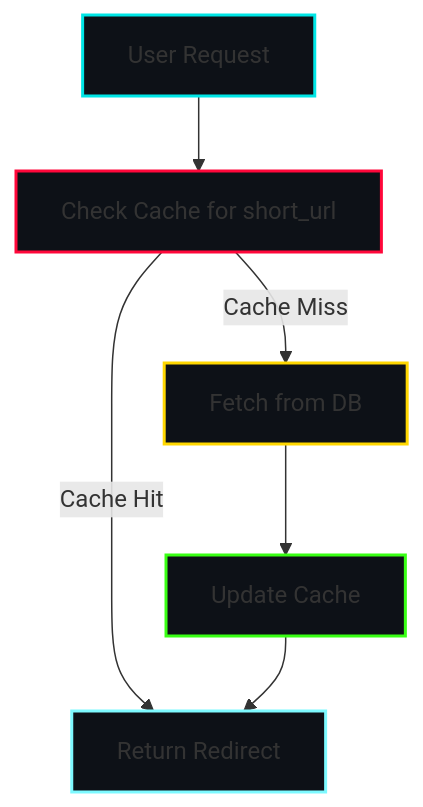
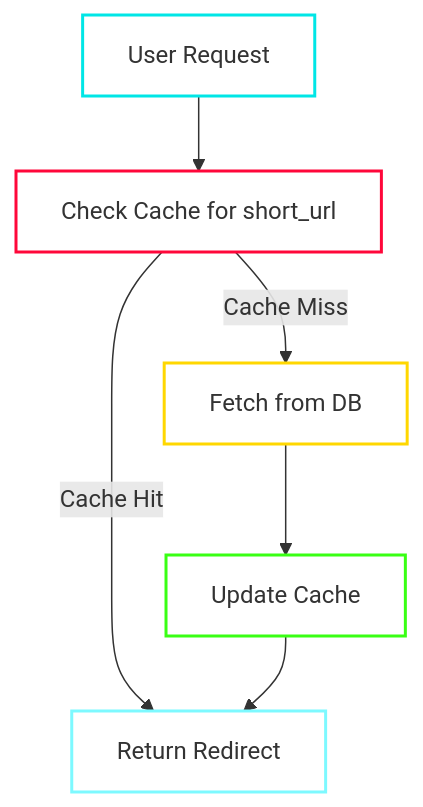
The third of 4 diagrams in urlshortener.md (talal-nabulsi/system-design-brain), drawn with Mermaid before and after one commit. The commit also changed other lines of this file, not shown here.

````diff
--- a/urlshortener.md
+++ b/urlshortener.md
@@ -155,14 +155,14 @@
 ```mermaid
 graph TD;
-    style UserRequest fill:#0d1117,stroke:#00e6e6,stroke-width:2px;
-    style CheckCache fill:#0d1117,stroke:#ff073a,stroke-width:2px;
-    style Redirect fill:#0d1117,stroke:#7df9ff,stroke-width:2px;
-    style FetchDB fill:#0d1117,stroke:#ffd700,stroke-width:2px;
-    style UpdateCache fill:#0d1117,stroke:#39ff14,stroke-width:2px;
+    style UserRequest fill:#ffffff,stroke:#00e6e6,stroke-width:2px;
+    style CheckCache fill:#ffffff,stroke:#ff073a,stroke-width:2px;
+    style Redirect fill:#ffffff,stroke:#7df9ff,stroke-width:2px;
+    style FetchDB fill:#ffffff,stroke:#ffd700,stroke-width:2px;
+    style UpdateCache fill:#ffffff,stroke:#39ff14,stroke-width:2px;
 
     UserRequest[User Request] --> CheckCache[Check Cache for short_url];
     CheckCache -->|Cache Hit| Redirect[Return Redirect];
     CheckCache -->|Cache Miss| FetchDB[Fetch from DB];
     FetchDB --> UpdateCache[Update Cache];
     UpdateCache --> Redirect;
 ```
````
